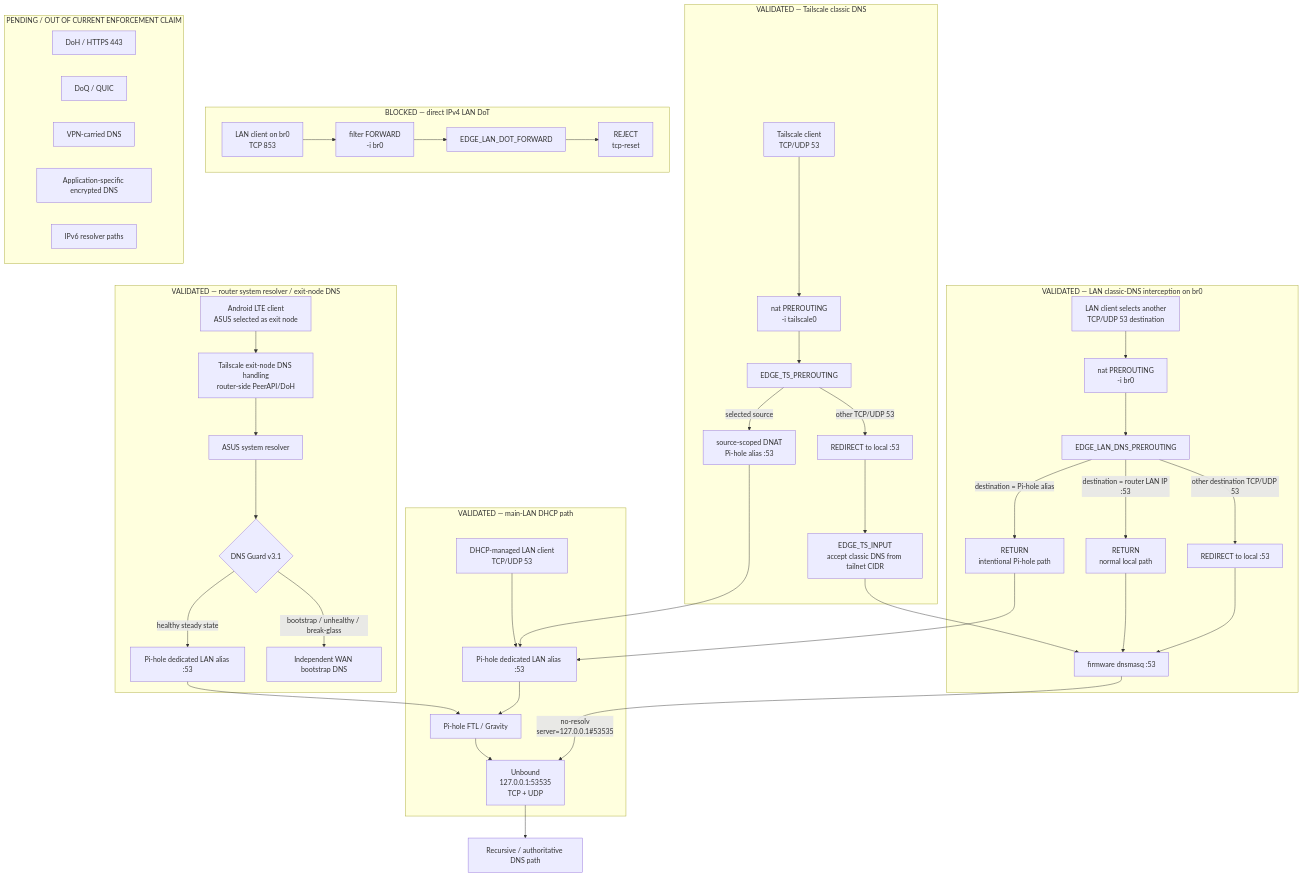
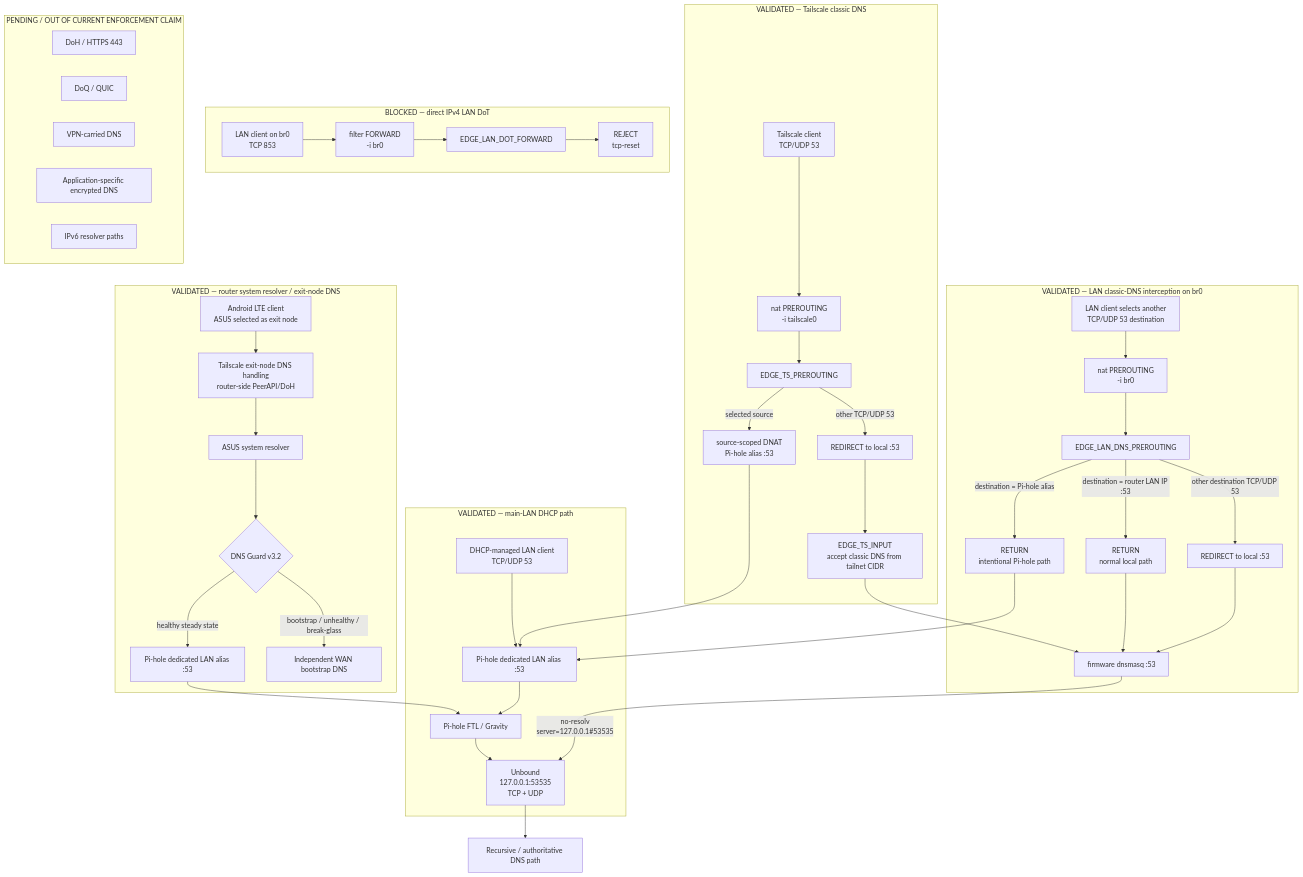
One commit to wojko6/Advanced-ASUS-Edge-Gateway-ZTNA-Infrastructure changed the diagram in docs/architecture/dns-enforcement-flow.md. Above: the diagram before and after it, drawn with Mermaid. The commit also changed other lines of this file and 10 other files, not shown here.

Commit message:
docs: synchronize post-PR197 DNS Guard v3.2 architecture and monitoring baseline

````diff
--- a/docs/architecture/dns-enforcement-flow.md
+++ b/docs/architecture/dns-enforcement-flow.md
@@ -11,55 +11,55 @@
 ```mermaid
 flowchart TD
     subgraph DHCP["VALIDATED — main-LAN DHCP path"]
         L["DHCP-managed LAN client<br/>TCP/UDP 53"] --> PIP["Pi-hole dedicated LAN alias :53"]
         PIP --> PH["Pi-hole FTL / Gravity"]
         PH --> U["Unbound<br/>127.0.0.1:53535<br/>TCP + UDP"]
     end
 
     subgraph LAN["VALIDATED — LAN classic-DNS interception on br0"]
         E["LAN client selects another<br/>TCP/UDP 53 destination"] --> LP["nat PREROUTING<br/>-i br0"]
         LP --> LC["EDGE_LAN_DNS_PREROUTING"]
         LC -->|"destination = Pi-hole alias"| PB["RETURN<br/>intentional Pi-hole path"]
         PB --> PIP
         LC -->|"destination = router LAN IP :53"| LR["RETURN<br/>normal local path"]
         LC -->|"other destination TCP/UDP 53"| LX["REDIRECT to local :53"]
         LR --> D["firmware dnsmasq :53"]
         LX --> D
         D -->|"no-resolv<br/>server=127.0.0.1#53535"| U
     end
 
     subgraph TS["VALIDATED — Tailscale classic DNS"]
         T["Tailscale client<br/>TCP/UDP 53"] --> TP["nat PREROUTING<br/>-i tailscale0"]
         TP --> TC["EDGE_TS_PREROUTING"]
         TC -->|"selected source"| TD["source-scoped DNAT<br/>Pi-hole alias :53"]
         TD --> PIP
         TC -->|"other TCP/UDP 53"| TX["REDIRECT to local :53"]
         TX --> TI["EDGE_TS_INPUT<br/>accept classic DNS from tailnet CIDR"]
         TI --> D
     end
 
     U --> R["Recursive / authoritative DNS path"]
 
     subgraph SYS["VALIDATED — router system resolver / exit-node DNS"]
         EX["Android LTE client<br/>ASUS selected as exit node"] --> PE["Tailscale exit-node DNS handling<br/>router-side PeerAPI/DoH"]
         PE --> SR["ASUS system resolver"]
-        SR --> DG{"DNS Guard v3.1"}
+        SR --> DG{"DNS Guard v3.2"}
         DG -->|"healthy steady state"| SP["Pi-hole dedicated LAN alias :53"]
         SP --> PH
         DG -->|"bootstrap / unhealthy / break-glass"| WB["Independent WAN bootstrap DNS"]
     end
 
     subgraph DOT["BLOCKED — direct IPv4 LAN DoT"]
         DL["LAN client on br0<br/>TCP 853"] --> DF["filter FORWARD<br/>-i br0"]
         DF --> DC["EDGE_LAN_DOT_FORWARD"]
         DC --> DR["REJECT<br/>tcp-reset"]
     end
 
     subgraph OUT["PENDING / OUT OF CURRENT ENFORCEMENT CLAIM"]
         H["DoH / HTTPS 443"]
         Q["DoQ / QUIC"]
         V["VPN-carried DNS"]
         A["Application-specific encrypted DNS"]
         I6["IPv6 resolver paths"]
     end
 ```
````
